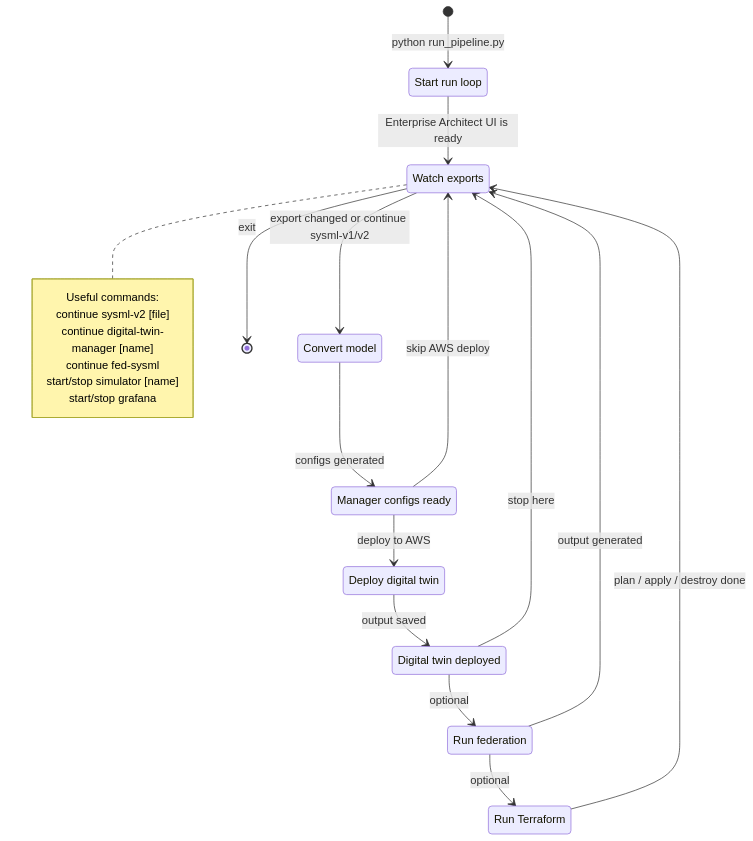
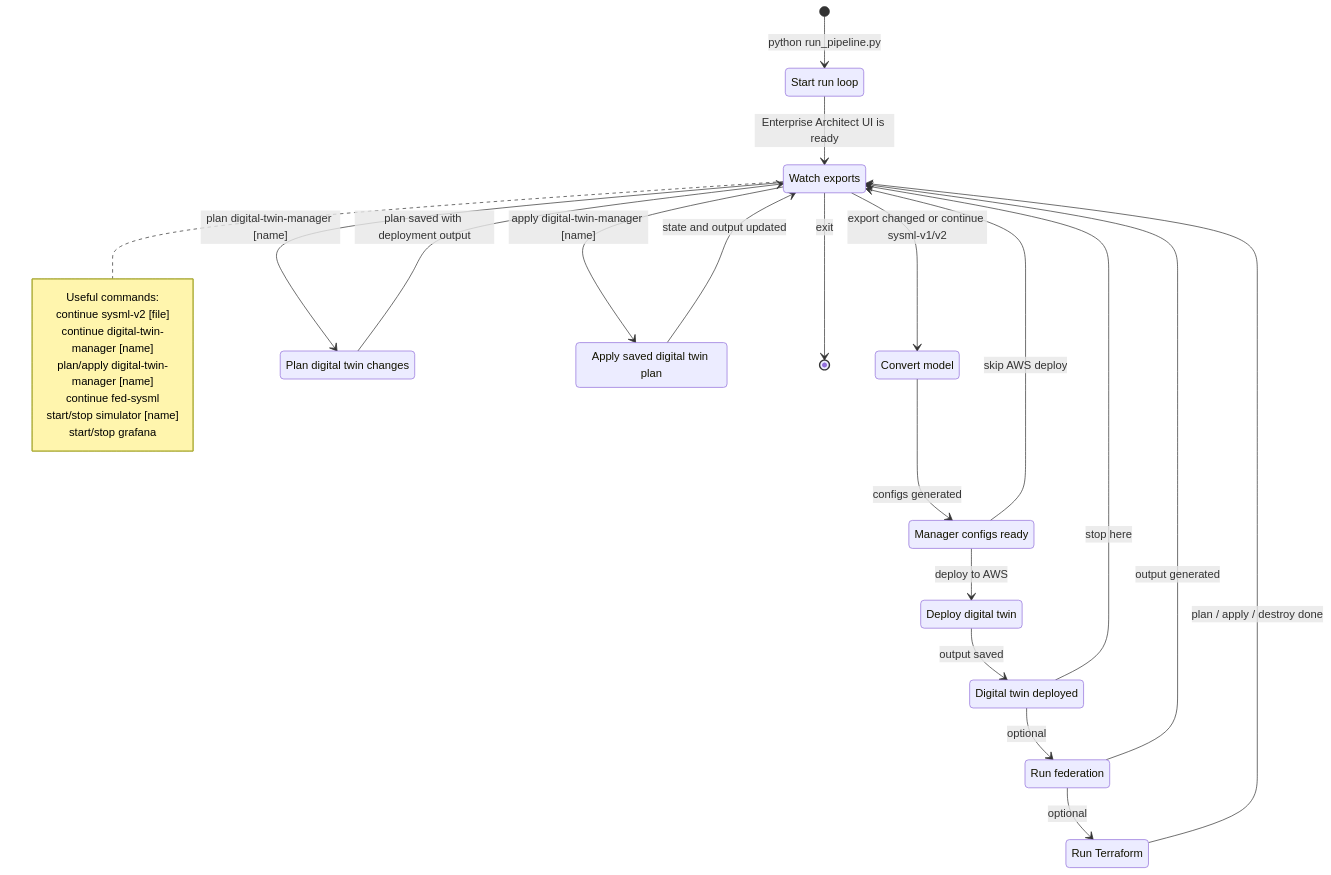
The diagram in PIPELINE_STATE_DIAGRAM.md (EugenBodanov/cloud-dtc-docker), drawn with Mermaid before and after one commit. The commit also changed 8 other files, not shown here.

First line of the commit message:
feat(orchestrator): add plan and apply redeployment workflow

````diff
--- a/PIPELINE_STATE_DIAGRAM.md
+++ b/PIPELINE_STATE_DIAGRAM.md
@@ -3,37 +3,44 @@
 ```mermaid
 stateDiagram-v2
     state "Start run loop" as Start
     state "Watch exports" as Watch
     state "Convert model" as Convert
     state "Manager configs ready" as Configs
     state "Deploy digital twin" as Deploy
     state "Digital twin deployed" as Deployed
+    state "Plan digital twin changes" as ManagerPlan
+    state "Apply saved digital twin plan" as ManagerApply
     state "Run federation" as Federation
     state "Run Terraform" as Terraform
 
     [*] --> Start: python run_pipeline.py
     Start --> Watch: Enterprise Architect UI is ready
     Watch --> Convert: export changed or continue sysml-v1/v2
     Convert --> Configs: configs generated
 
     Configs --> Watch: skip AWS deploy
     Configs --> Deploy: deploy to AWS
     Deploy --> Deployed: output saved
 
     Deployed --> Watch: stop here
+    Watch --> ManagerPlan: plan digital-twin-manager [name]
+    ManagerPlan --> Watch: plan saved with deployment output
+    Watch --> ManagerApply: apply digital-twin-manager [name]
+    ManagerApply --> Watch: state and output updated
     Deployed --> Federation: optional
     Federation --> Watch: output generated
     Federation --> Terraform: optional
     Terraform --> Watch: plan / apply / destroy done
 
     Watch --> [*]: exit
 
     note right of Watch
         Useful commands:
         continue sysml-v2 [file]
         continue digital-twin-manager [name]
+        plan/apply digital-twin-manager [name]
         continue fed-sysml
         start/stop simulator [name]
         start/stop grafana
     end note
 ```
````
